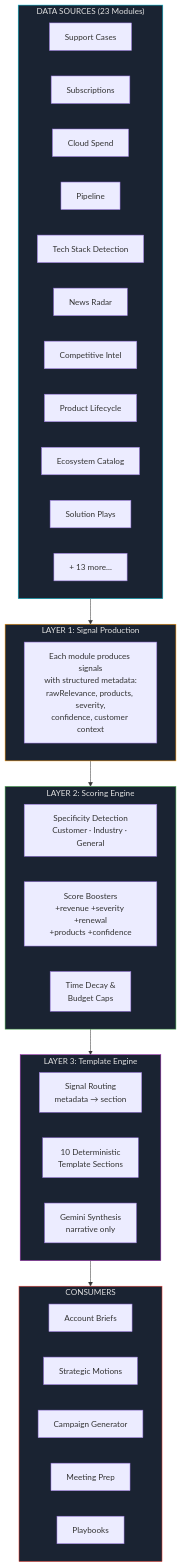
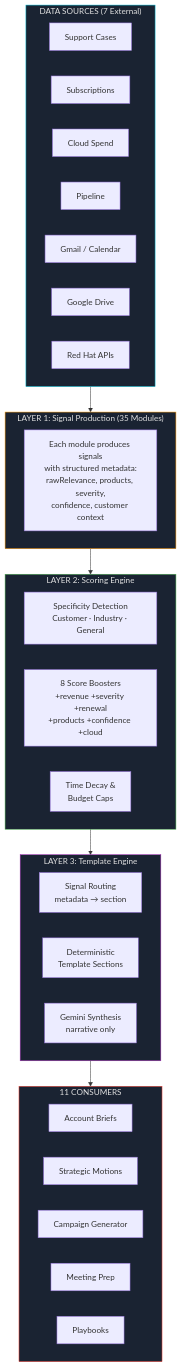
Before and after one commit to hornjason/daily-brief-dashboard: the first of 2 diagrams in README.md, drawn with Mermaid. The commit also changed other lines of this file, not shown here.

````diff
--- a/README.md
+++ b/README.md
@@ -169,54 +285,50 @@
 ```mermaid
 flowchart TD
-    subgraph Sources["DATA SOURCES (23 Modules)"]
+    subgraph Sources["DATA SOURCES (7 External)"]
         S1[Support Cases]
         S2[Subscriptions]
         S3[Cloud Spend]
         S4[Pipeline]
-        S5[Tech Stack Detection]
-        S6[News Radar]
-        S7[Competitive Intel]
-        S8[Product Lifecycle]
-        S9[Ecosystem Catalog]
-        S10[Solution Plays]
-        S11["+ 13 more..."]
+        S5[Gmail / Calendar]
+        S6[Google Drive]
+        S7[Red Hat APIs]
     end
 
-    subgraph Layer1["LAYER 1: Signal Production"]
+    subgraph Layer1["LAYER 1: Signal Production (35 Modules)"]
         direction LR
         L1[Each module produces signals<br/>with structured metadata:<br/>rawRelevance, products, severity,<br/>confidence, customer context]
     end
 
     subgraph Layer2["LAYER 2: Scoring Engine"]
         direction LR
         L2A[Specificity Detection<br/>Customer · Industry · General]
-        L2B[Score Boosters<br/>+revenue +severity +renewal<br/>+products +confidence]
+        L2B[8 Score Boosters<br/>+revenue +severity +renewal<br/>+products +confidence +cloud]
         L2C[Time Decay &<br/>Budget Caps]
     end
 
     subgraph Layer3["LAYER 3: Template Engine"]
         direction LR
         L3A[Signal Routing<br/>metadata → section]
-        L3B[10 Deterministic<br/>Template Sections]
+        L3B[Deterministic<br/>Template Sections]
         L3C[Gemini Synthesis<br/>narrative only]
     end
 
-    subgraph Consumers["CONSUMERS"]
+    subgraph Consumers["11 CONSUMERS"]
         C1[Account Briefs]
         C2[Strategic Motions]
         C3[Campaign Generator]
         C4[Meeting Prep]
         C5[Playbooks]
     end
 
     Sources --> Layer1
     Layer1 --> Layer2
     Layer2 --> Layer3
     Layer3 --> Consumers
 
     style Sources fill:#1a2332,stroke:#00bcd4,color:#e0e0e0
     style Layer1 fill:#1a2332,stroke:#ff9800,color:#e0e0e0
     style Layer2 fill:#1a2332,stroke:#4caf50,color:#e0e0e0
     style Layer3 fill:#1a2332,stroke:#9c27b0,color:#e0e0e0
     style Consumers fill:#1a2332,stroke:#f44336,color:#e0e0e0
 ```
````
